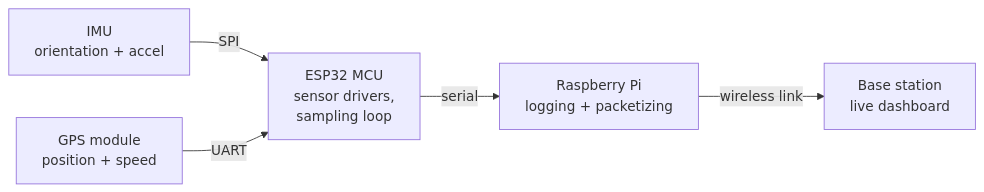
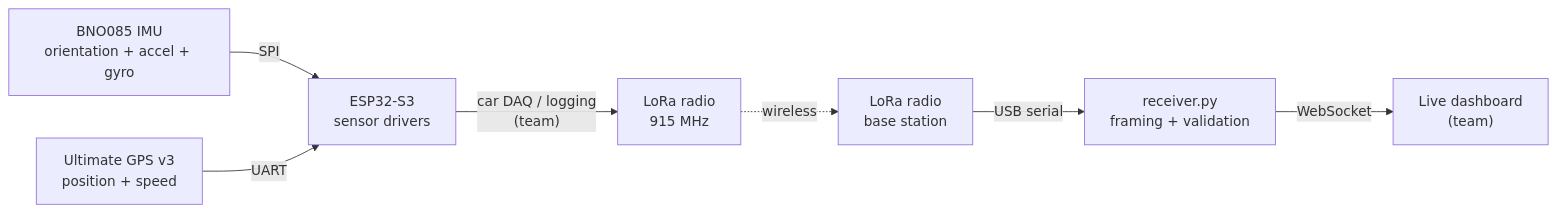
Before and after one commit to nirav1011/M25baja-daq-telemetry: the diagram in README.md, drawn with Mermaid. The commit also changed other lines of this file and 22 other files, not shown here.

First line of the commit message:
Replace team code with my own IMU/GPS drivers and receiver

````diff
--- a/README.md
+++ b/README.md
@@ -26,7 +23,9 @@
 ```mermaid
 flowchart LR
-    IMU["IMU<br/>orientation + accel"] -- SPI --> T["ESP32 MCU<br/>sensor drivers,<br/>sampling loop"]
-    GPS["GPS module<br/>position + speed"] -- UART --> T
-    T -- serial --> PI["Raspberry Pi<br/>logging + packetizing"]
-    PI -- wireless link --> ANT["Base station<br/>live dashboard"]
+    IMU["BNO085 IMU<br/>orientation + accel + gyro"] -- SPI --> MCU["ESP32-S3<br/>sensor drivers"]
+    GPS["Ultimate GPS v3<br/>position + speed"] -- UART --> MCU
+    MCU -- "car DAQ / logging<br/>(team)" --> TX["LoRa radio<br/>915 MHz"]
+    TX -. wireless .-> RX["LoRa radio<br/>base station"]
+    RX -- USB serial --> REC["receiver.py<br/>framing + validation"]
+    REC -- WebSocket --> DASH["Live dashboard<br/>(team)"]
 ```
````
